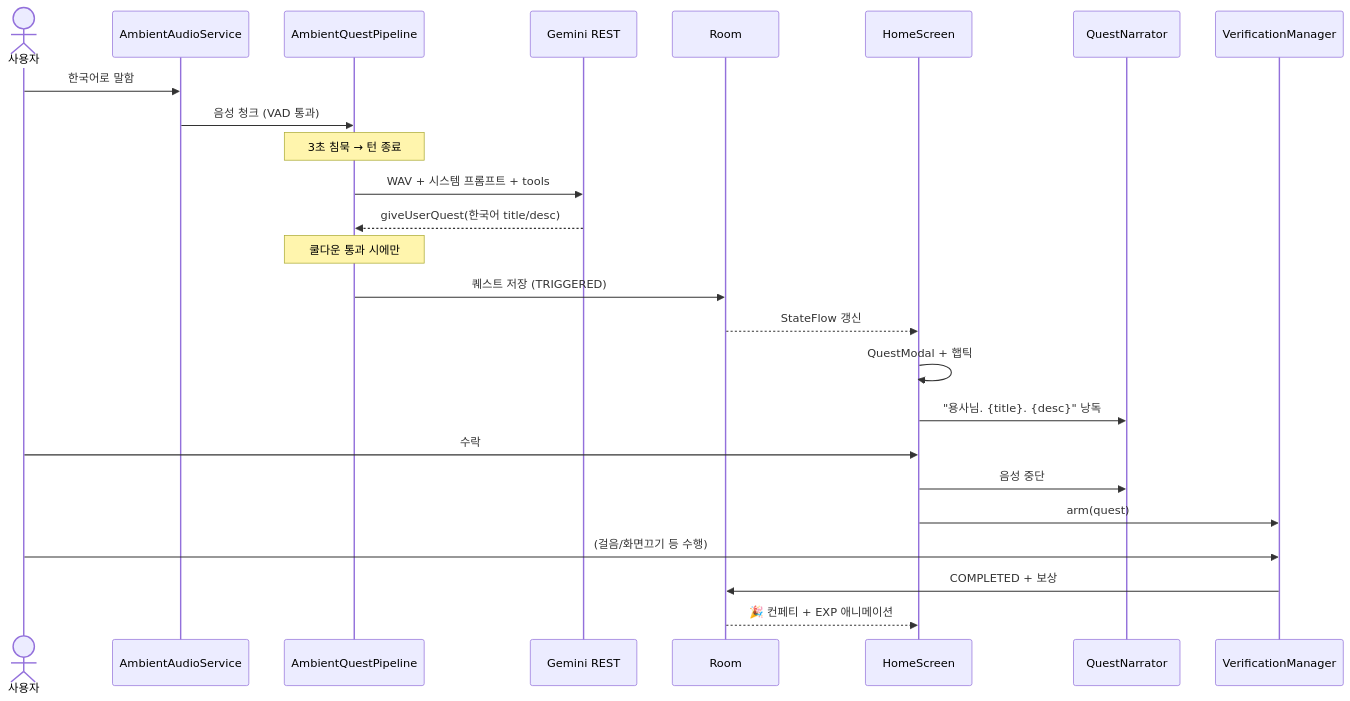
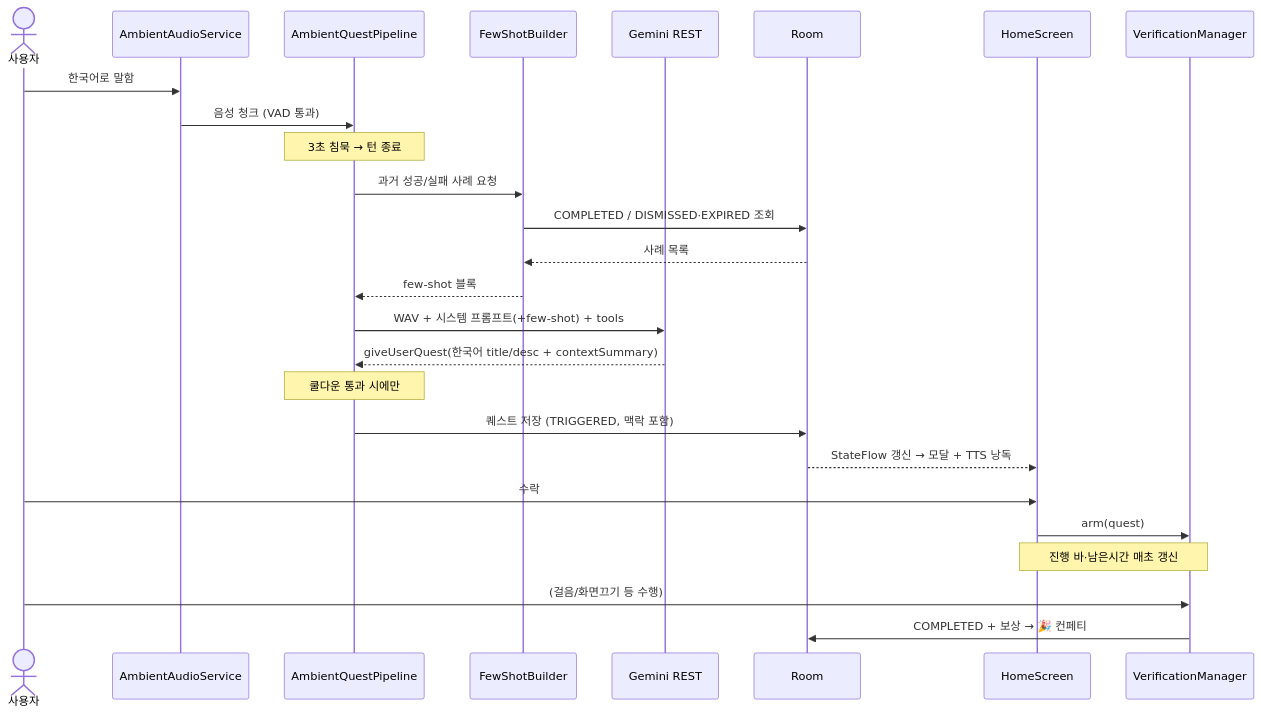
The second of 4 diagrams in README.md (RefXTeam/quest-ai-android), drawn with Mermaid before and after one commit. The commit also changed other lines of this file and 6 other files, not shown here.

First line of the commit message:
feat: 온디바이스 자동 few-shot 주입 + 문서 갱신

````diff
--- a/README.md
+++ b/README.md
@@ -59,28 +65,29 @@
 ```mermaid
 sequenceDiagram
     actor U as 사용자
     participant S as AmbientAudioService
     participant P as AmbientQuestPipeline
+    participant F as FewShotBuilder
     participant G as Gemini REST
     participant DB as Room
     participant UI as HomeScreen
-    participant T as QuestNarrator
     participant V as VerificationManager
 
     U->>S: 한국어로 말함
     S->>P: 음성 청크 (VAD 통과)
     Note over P: 3초 침묵 → 턴 종료
-    P->>G: WAV + 시스템 프롬프트 + tools
-    G-->>P: giveUserQuest(한국어 title/desc)
+    P->>F: 과거 성공/실패 사례 요청
+    F->>DB: COMPLETED / DISMISSED·EXPIRED 조회
+    DB-->>F: 사례 목록
+    F-->>P: few-shot 블록
+    P->>G: WAV + 시스템 프롬프트(+few-shot) + tools
+    G-->>P: giveUserQuest(한국어 title/desc + contextSummary)
     Note over P: 쿨다운 통과 시에만
-    P->>DB: 퀘스트 저장 (TRIGGERED)
-    DB-->>UI: StateFlow 갱신
-    UI->>UI: QuestModal + 햅틱
-    UI->>T: "용사님. {title}. {desc}" 낭독
+    P->>DB: 퀘스트 저장 (TRIGGERED, 맥락 포함)
+    DB-->>UI: StateFlow 갱신 → 모달 + TTS 낭독
     U->>UI: 수락
-    UI->>T: 음성 중단
     UI->>V: arm(quest)
+    Note over UI,V: 진행 바·남은시간 매초 갱신
     U->>V: (걸음/화면끄기 등 수행)
-    V->>DB: COMPLETED + 보상
-    DB-->>UI: 🎉 컨페티 + EXP 애니메이션
+    V->>DB: COMPLETED + 보상 → 🎉 컨페티
 ```
````
